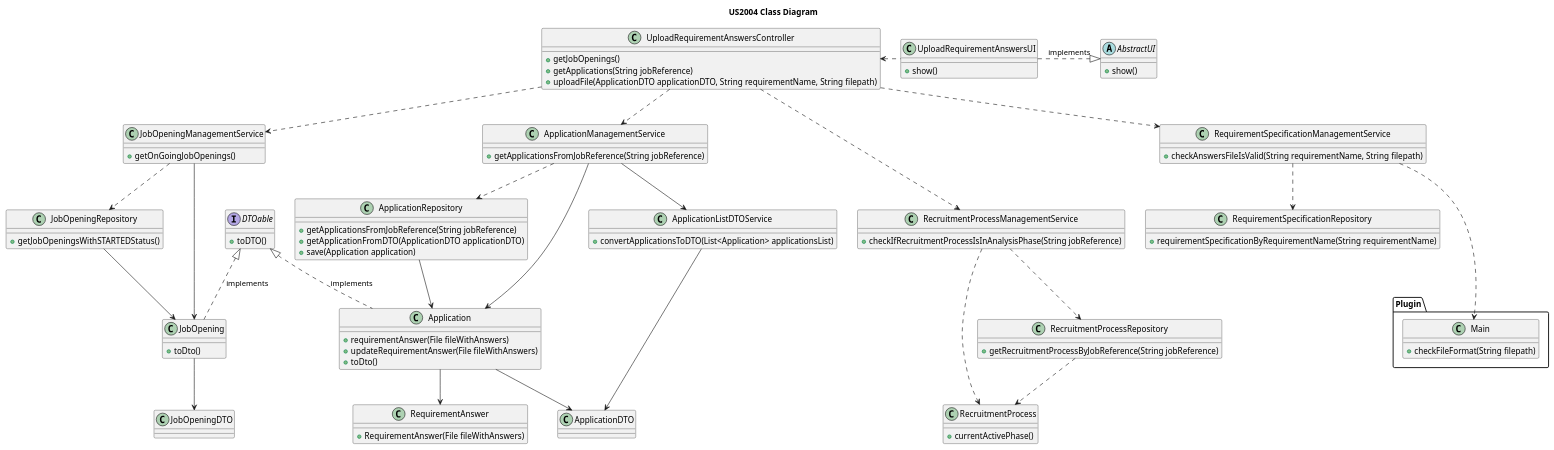
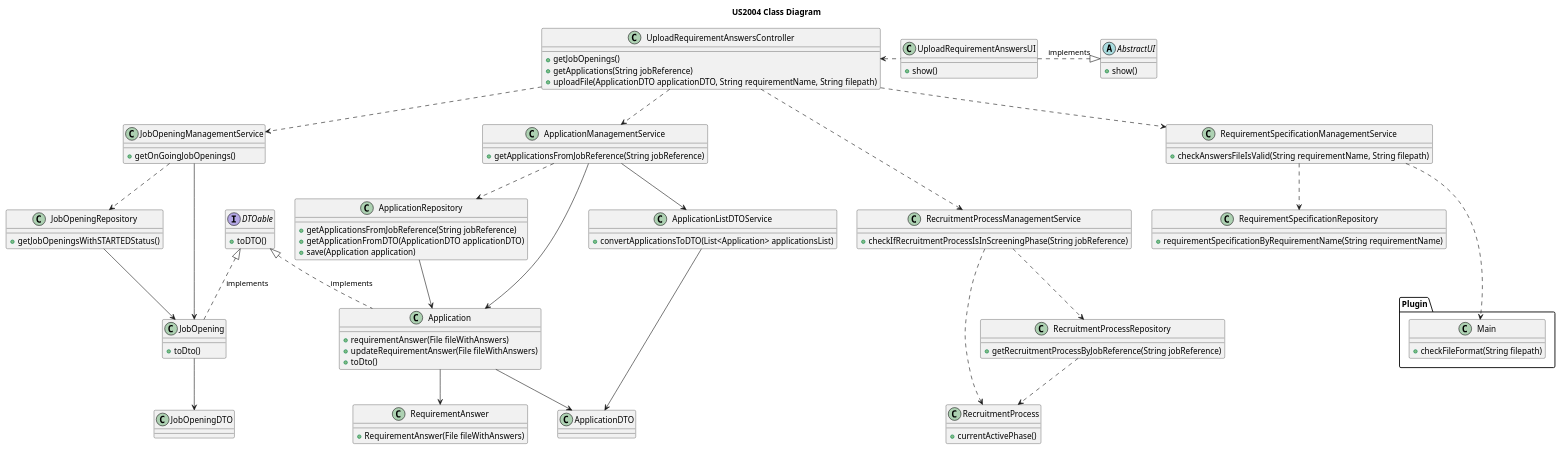
The diagram in docs/sprint-c/us_2004/US2004_CD/us2004_cd.puml (rita-barbosa/LAPR4-2324), drawn with PlantUML before and after one commit. The commit also changed 3 other files, not shown here.

First line of the commit message:
feat: US2004 design diagrams update (right phase correction)

```diff
--- a/docs/sprint-c/us_2004/US2004_CD/us2004_cd.puml
+++ b/docs/sprint-c/us_2004/US2004_CD/us2004_cd.puml
@@ -1,127 +1,127 @@
 @startuml
 'https://plantuml.com/class-diagram
 
 title US2004 Class Diagram
 
 abstract class AbstractUI{
 + show()
 }
 
 interface DTOable {
 + toDTO()
 }
 
 class UploadRequirementAnswersUI {
 + show()
 }
 
 class UploadRequirementAnswersController {
 + getJobOpenings()
 + getApplications(String jobReference)
 + uploadFile(ApplicationDTO applicationDTO, String requirementName, String filepath)
 }
 
 class JobOpeningManagementService {
 + getOnGoingJobOpenings()
 }
 
 class RecruitmentProcessManagementService {
-+ checkIfRecruitmentProcessIsInAnalysisPhase(String jobReference)
++ checkIfRecruitmentProcessIsInScreeningPhase(String jobReference)
 }
 
 class RecruitmentProcessRepository {
 + getRecruitmentProcessByJobReference(String jobReference)
 }
 
 class RecruitmentProcess {
 + currentActivePhase()
 }
 
 
 class JobOpening {
 + toDto()
 }
 
 class JobOpeningDTO {}
 
 class JobOpeningRepository {
 + getJobOpeningsWithSTARTEDStatus()
 }
 
 class ApplicationManagementService {
 + getApplicationsFromJobReference(String jobReference)
 }
 
 class Application {
 + requirementAnswer(File fileWithAnswers)
 + updateRequirementAnswer(File fileWithAnswers)
 + toDto()
 }
 
 class ApplicationDTO {}
 
 class ApplicationListDTOService {
 + convertApplicationsToDTO(List<Application> applicationsList)
 }
 
 class RequirementAnswer {
 + RequirementAnswer(File fileWithAnswers)
 }
 
 class ApplicationRepository {
 + getApplicationsFromJobReference(String jobReference)
 + getApplicationFromDTO(ApplicationDTO applicationDTO)
 + save(Application application)
 }
 
 class RequirementSpecificationManagementService {
 + checkAnswersFileIsValid(String requirementName, String filepath)
 }
 
 class RequirementSpecificationRepository {
 + requirementSpecificationByRequirementName(String requirementName)
 }
 
 package "Plugin" {
     class Main {
     + checkFileFormat(String filepath)
     }
 
 }
 
 
 'ASSOCIATIONS
 AbstractUI <|.left. UploadRequirementAnswersUI : implements
 DTOable <|.. JobOpening : implements
 DTOable <|.. Application : implements
 
 UploadRequirementAnswersUI .left.> UploadRequirementAnswersController
 
 UploadRequirementAnswersController ..> JobOpeningManagementService
 UploadRequirementAnswersController ..> ApplicationManagementService
 UploadRequirementAnswersController ..> RequirementSpecificationManagementService
 UploadRequirementAnswersController ...> RecruitmentProcessManagementService
 
 'SERVICES AND DOMAIN
 JobOpeningManagementService ..> JobOpeningRepository
 JobOpeningManagementService --> JobOpening
 JobOpeningRepository --> JobOpening
 JobOpening --> JobOpeningDTO
 
 ApplicationManagementService ..> ApplicationRepository
 ApplicationManagementService --> Application
 ApplicationRepository --> Application
 Application --> RequirementAnswer
 ApplicationManagementService --> ApplicationListDTOService
 ApplicationListDTOService --> ApplicationDTO
 Application --> ApplicationDTO
 
 RecruitmentProcessManagementService ..> RecruitmentProcessRepository
 RecruitmentProcessRepository ..> RecruitmentProcess
 RecruitmentProcessManagementService ..> RecruitmentProcess
 
 RequirementSpecificationManagementService ..> RequirementSpecificationRepository
 RequirementSpecificationManagementService ...> Main
 
 
 @enduml
```
